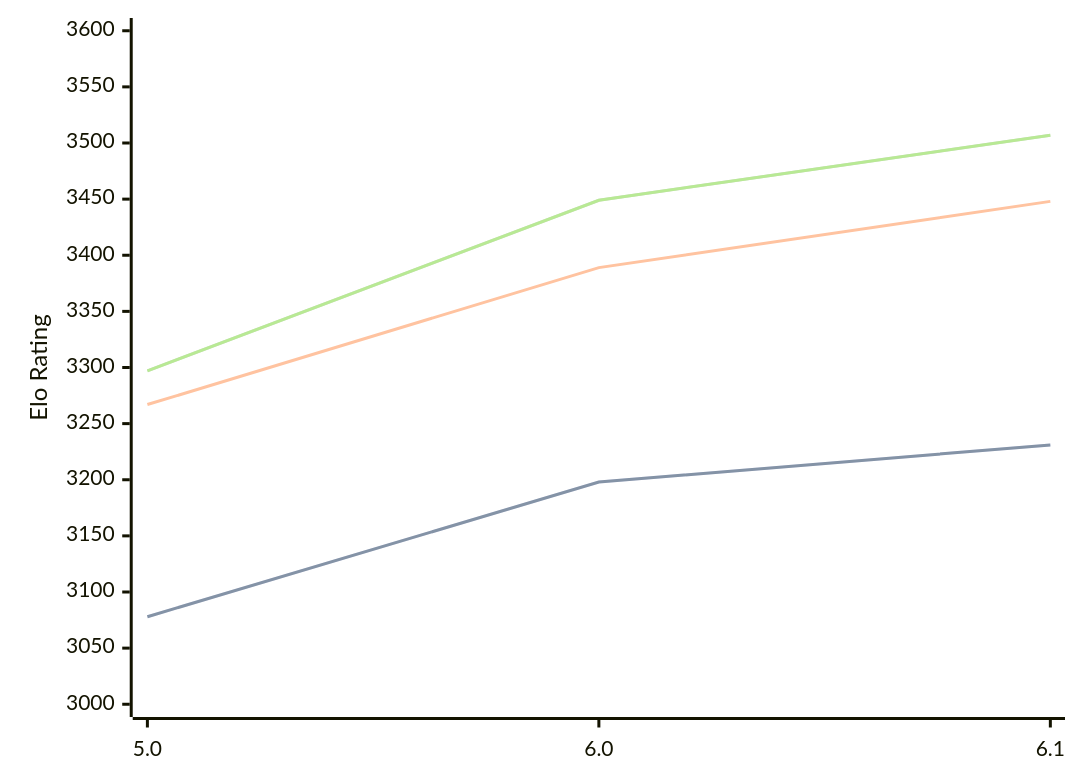
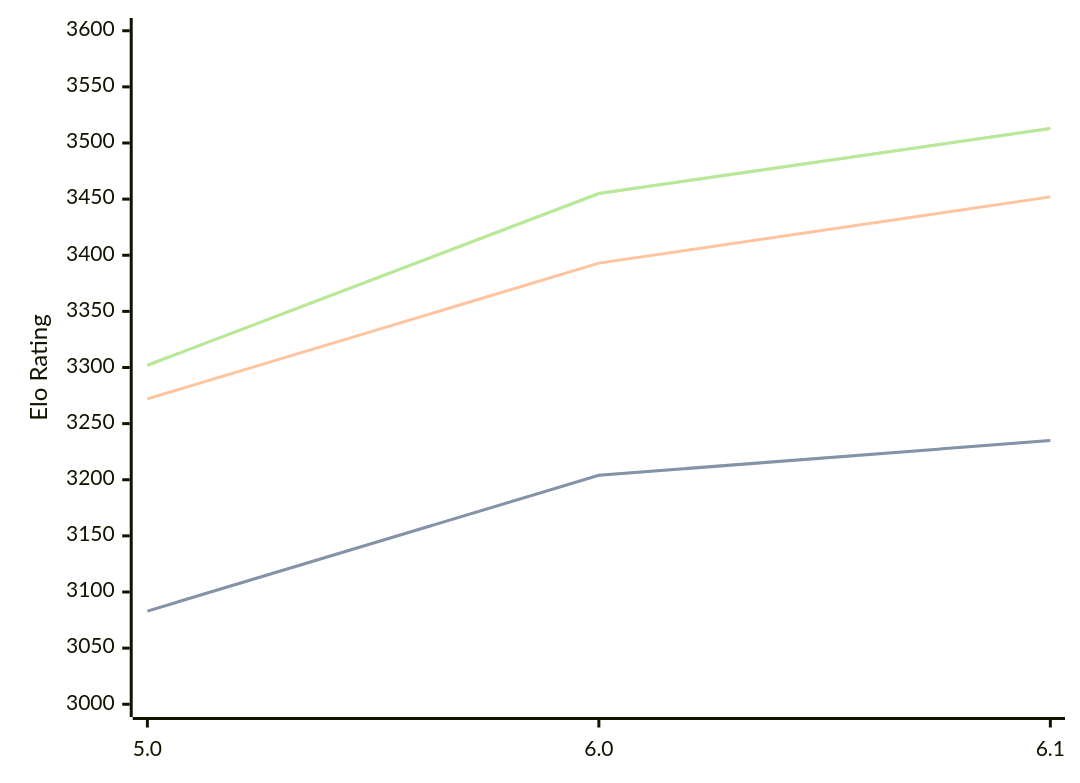
The diagram in engines/PZChessBot.md (computer-chess-index/cci), drawn with Mermaid before and after one commit. The commit also changed other lines of this file, not shown here.

Commit message:
Update CCI Ratings (ELO VLTC) - 2026-04-14

````diff
--- a/engines/PZChessBot.md
+++ b/engines/PZChessBot.md
@@ -42,11 +42,11 @@
 ```mermaid
 %%{init: {"theme":"base","themeVariables":{"seriesColors:['#a3a3a3','#222221','#faa371']}}}%%
 xychart-beta
   x-axis ["5.0", "6.0", "6.1"]
   y-axis "Elo Rating" 3000 --> 3600
-  line "STC (8.0+0.08s)" [3078, 3198, 3231]
-  line "STC (8.0+0.08s)" [3078, 3198, 3231]
-  line "LTC (60.0+0.60s)" [3267, 3389, 3448]
-  line "VLTC (2m24s+1.12s)" [3297, 3449, 3507]
-  line "VLTC (2m24s+1.12s)" [3297, 3449, 3507]
+  line "STC (8.0+0.08s)" [3083, 3204, 3235]
+  line "STC (8.0+0.08s)" [3083, 3204, 3235]
+  line "LTC (60.0+0.60s)" [3272, 3393, 3452]
+  line "VLTC (2m24s+1.12s)" [3302, 3455, 3513]
+  line "VLTC (2m24s+1.12s)" [3302, 3455, 3513]
 ```
````
